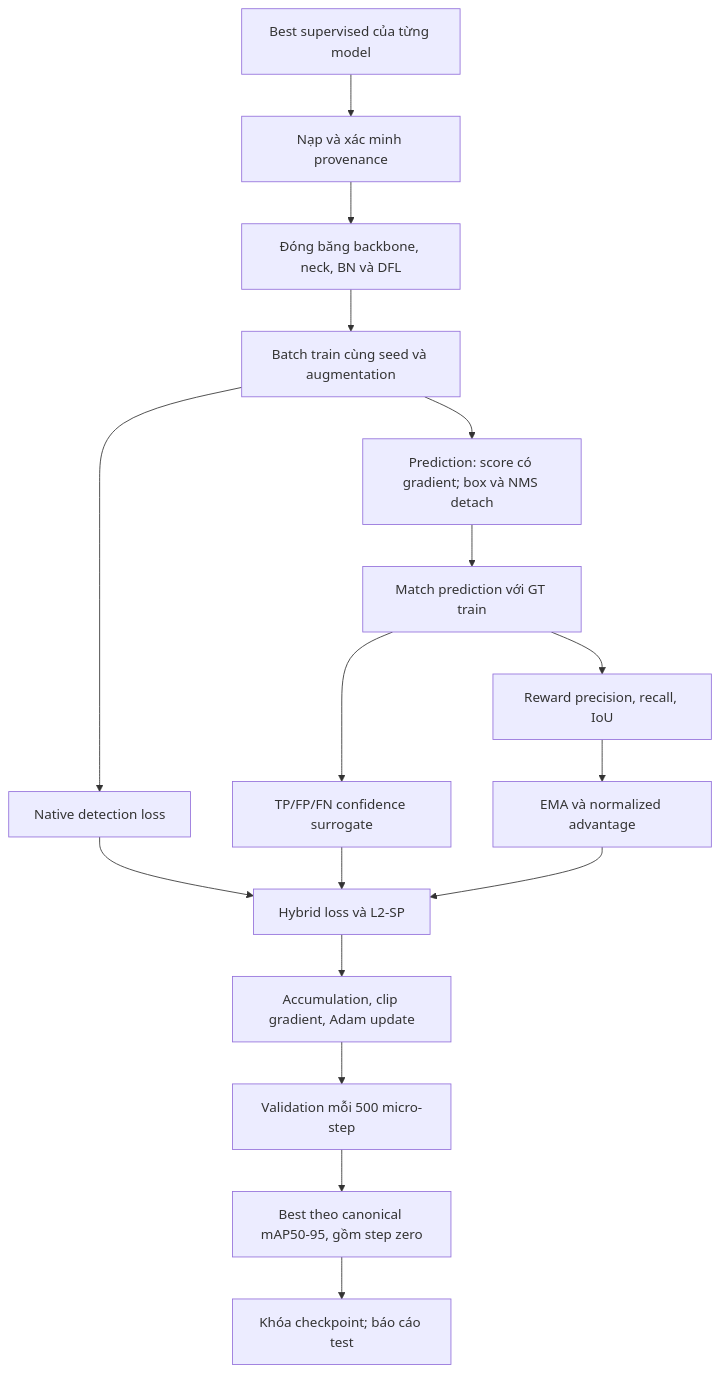
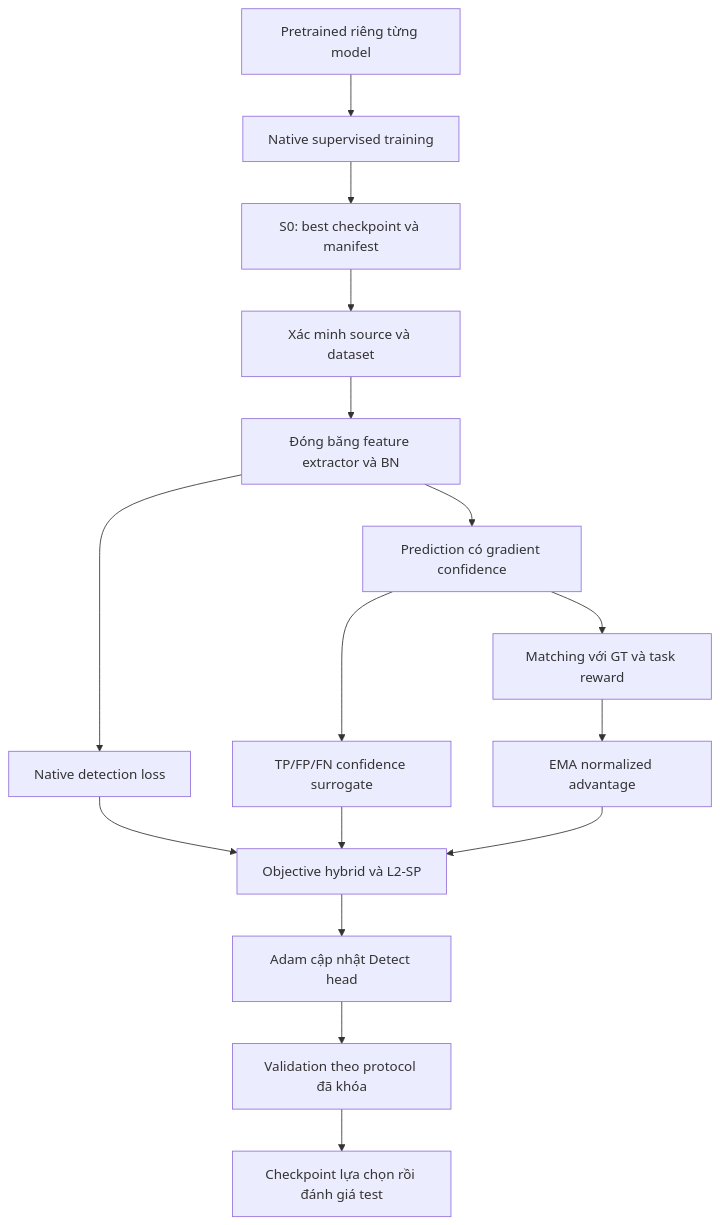
The diagram in docs/report_final/Report_KB1_15_10_2026.md (TrKhuyen/RL-YOLO), drawn with Mermaid before and after one commit. The commit also changed other lines of this file and 254 other files, not shown here.

````diff
--- a/docs/report_final/Report_KB1_15_10_2026.md
+++ b/docs/report_final/Report_KB1_15_10_2026.md
@@ -286,19 +119,18 @@
 ```mermaid
 flowchart TD
-    A[Best supervised của từng model] --> B[Nạp và xác minh provenance]
-    B --> C[Đóng băng backbone, neck, BN và DFL]
-    C --> D[Batch train cùng seed và augmentation]
-    D --> E[Native detection loss]
-    D --> F[Prediction: score có gradient; box và NMS detach]
-    F --> G[Match prediction với GT train]
-    G --> H[Reward precision, recall, IoU]
+    A[Pretrained riêng từng model] --> B[Native supervised training]
+    B --> C[S0: best checkpoint và manifest]
+    C --> D[Xác minh source và dataset]
+    D --> E[Đóng băng feature extractor và BN]
+    E --> F[Native detection loss]
+    E --> G[Prediction có gradient confidence]
+    G --> H[Matching với GT và task reward]
     G --> I[TP/FP/FN confidence surrogate]
-    H --> J[EMA và normalized advantage]
-    E --> K[Hybrid loss và L2-SP]
+    H --> J[EMA normalized advantage]
+    F --> K[Objective hybrid và L2-SP]
     I --> K
     J --> K
-    K --> L[Accumulation, clip gradient, Adam update]
-    L --> M[Validation mỗi 500 micro-step]
-    M --> N[Best theo canonical mAP50-95, gồm step zero]
-    N --> O[Khóa checkpoint; báo cáo test]
+    K --> L[Adam cập nhật Detect head]
+    L --> M[Validation theo protocol đã khóa]
+    M --> N[Checkpoint lựa chọn rồi đánh giá test]
 ```
````
